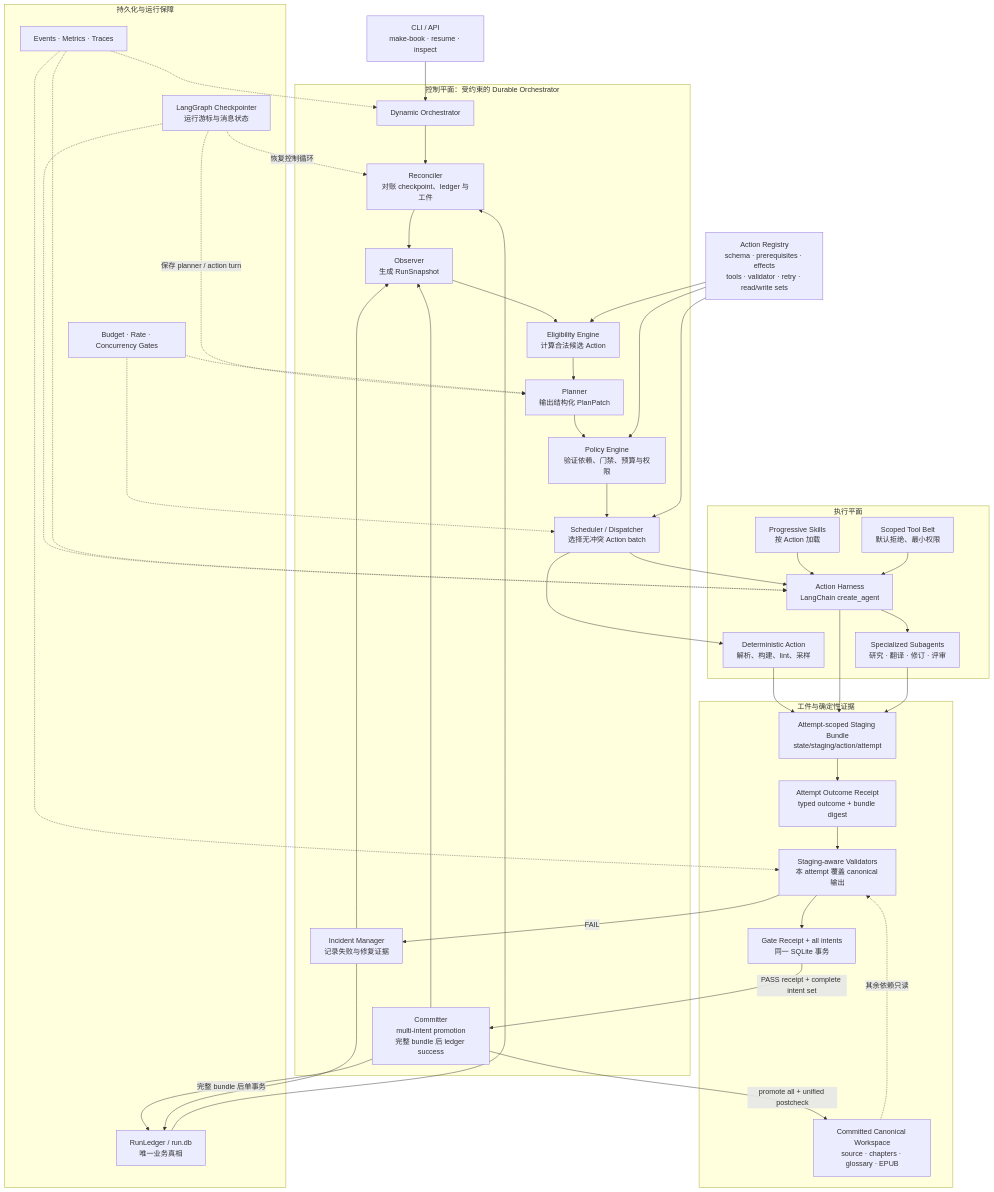
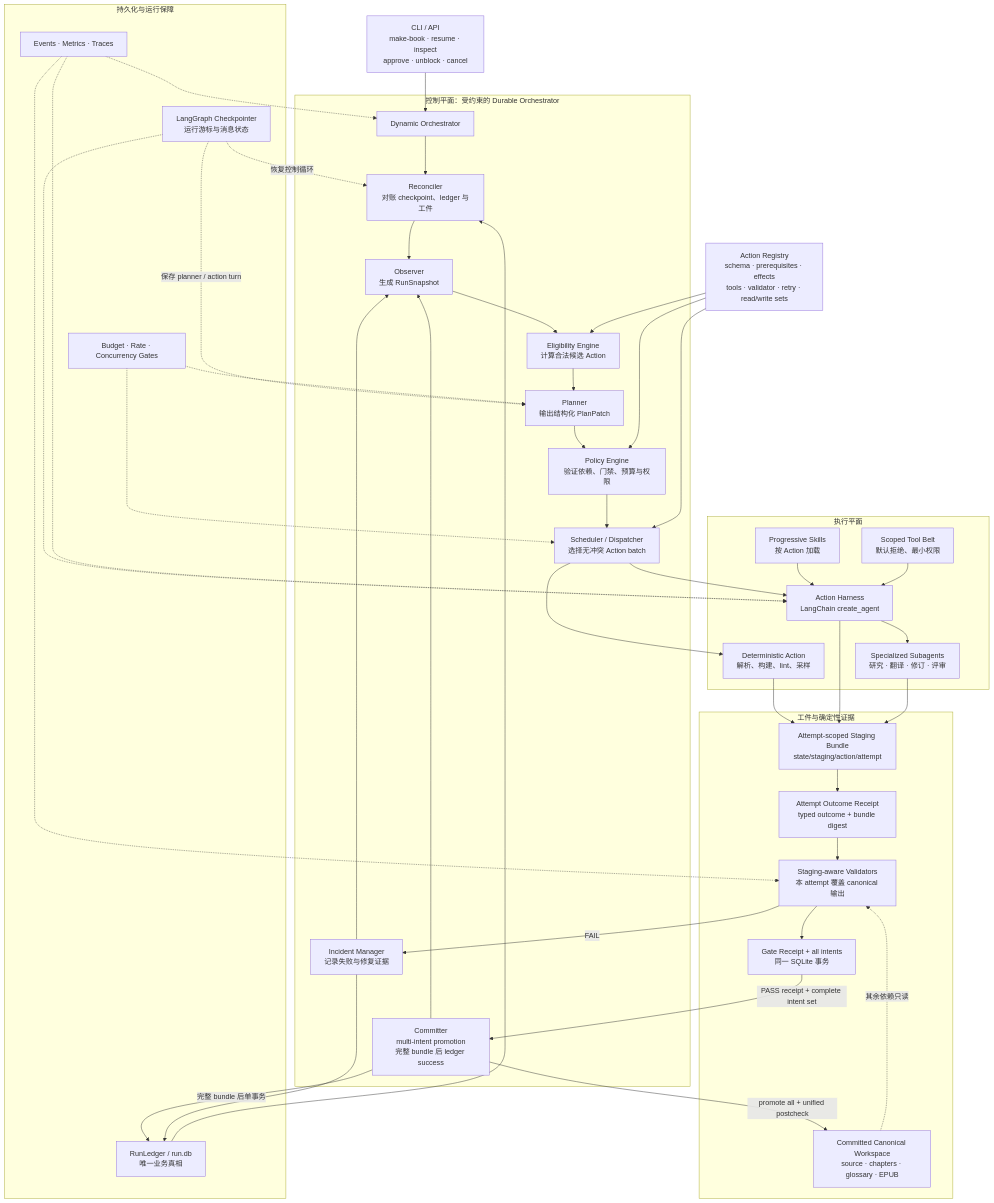
The first of 4 diagrams in docs/design-docs/dynamic-agent-orchestration.md (Valkure-Yip/ai-book-interpreter), drawn with Mermaid before and after one commit. The commit also changed other lines of this file and 26 other files, not shown here.

````diff
--- a/docs/design-docs/dynamic-agent-orchestration.md
+++ b/docs/design-docs/dynamic-agent-orchestration.md
@@ -133,77 +137,77 @@
 ```mermaid
 flowchart TB
-    ENTRY["CLI / API<br/>make-book · resume · inspect"] --> ORCH
+    ENTRY["CLI / API<br/>make-book · resume · inspect<br/>approve · unblock · cancel"] --> ORCH
 
     subgraph CONTROL["控制平面：受约束的 Durable Orchestrator"]
         ORCH["Dynamic Orchestrator"]
         RECON["Reconciler<br/>对账 checkpoint、ledger 与工件"]
         OBS["Observer<br/>生成 RunSnapshot"]
         ELIG["Eligibility Engine<br/>计算合法候选 Action"]
         PLAN["Planner<br/>输出结构化 PlanPatch"]
         POLICY["Policy Engine<br/>验证依赖、门禁、预算与权限"]
         SCHED["Scheduler / Dispatcher<br/>选择无冲突 Action batch"]
         COMMIT["Committer<br/>multi-intent promotion<br/>完整 bundle 后 ledger success"]
         INCIDENT["Incident Manager<br/>记录失败与修复证据"]
 
         ORCH --> RECON --> OBS --> ELIG --> PLAN --> POLICY --> SCHED
         COMMIT --> OBS
         INCIDENT --> OBS
     end
 
     REGISTRY["Action Registry<br/>schema · prerequisites · effects<br/>tools · validator · retry · read/write sets"]
     REGISTRY --> ELIG
     REGISTRY --> POLICY
     REGISTRY --> SCHED
 
     subgraph EXEC["执行平面"]
         DET["Deterministic Action<br/>解析、构建、lint、采样"]
         HARNESS["Action Harness<br/>LangChain create_agent"]
         SKILLS["Progressive Skills<br/>按 Action 加载"]
         TOOLS["Scoped Tool Belt<br/>默认拒绝、最小权限"]
         SUB["Specialized Subagents<br/>研究 · 翻译 · 修订 · 评审"]
 
         SCHED --> DET
         SCHED --> HARNESS
         SKILLS --> HARNESS
         TOOLS --> HARNESS
         HARNESS --> SUB
     end
 
     subgraph EVIDENCE["工件与确定性证据"]
         STAGING["Attempt-scoped Staging Bundle<br/>state/staging/action/attempt"]
         OUTREC["Attempt Outcome Receipt<br/>typed outcome + bundle digest"]
         ART["Committed Canonical Workspace<br/>source · chapters · glossary · EPUB"]
         VALID["Staging-aware Validators<br/>本 attempt 覆盖 canonical 输出"]
         GATEREC["Gate Receipt + all intents<br/>同一 SQLite 事务"]
 
         DET --> STAGING
         HARNESS --> STAGING
         SUB --> STAGING
         STAGING --> OUTREC --> VALID
         ART -. "其余依赖只读" .-> VALID
         VALID --> GATEREC
     end
 
     GATEREC -- "PASS receipt + complete intent set" --> COMMIT
     VALID -- "FAIL" --> INCIDENT
     COMMIT -- "promote all + unified postcheck" --> ART
 
     subgraph DURABLE["持久化与运行保障"]
         LEDGER["RunLedger / run.db<br/>唯一业务真相"]
         CHECKPOINT["LangGraph Checkpointer<br/>运行游标与消息状态"]
         EVENTS["Events · Metrics · Traces"]
         BUDGET["Budget · Rate · Concurrency Gates"]
     end
 
     COMMIT -- "完整 bundle 后单事务" --> LEDGER
     INCIDENT --> LEDGER
     LEDGER --> RECON
     CHECKPOINT -. "恢复控制循环" .-> RECON
     CHECKPOINT -. "保存 planner / action turn" .-> PLAN
     CHECKPOINT -.-> HARNESS
     BUDGET -.-> PLAN
     BUDGET -.-> SCHED
     EVENTS -.-> ORCH
     EVENTS -.-> HARNESS
     EVENTS -.-> VALID
 ```
````
